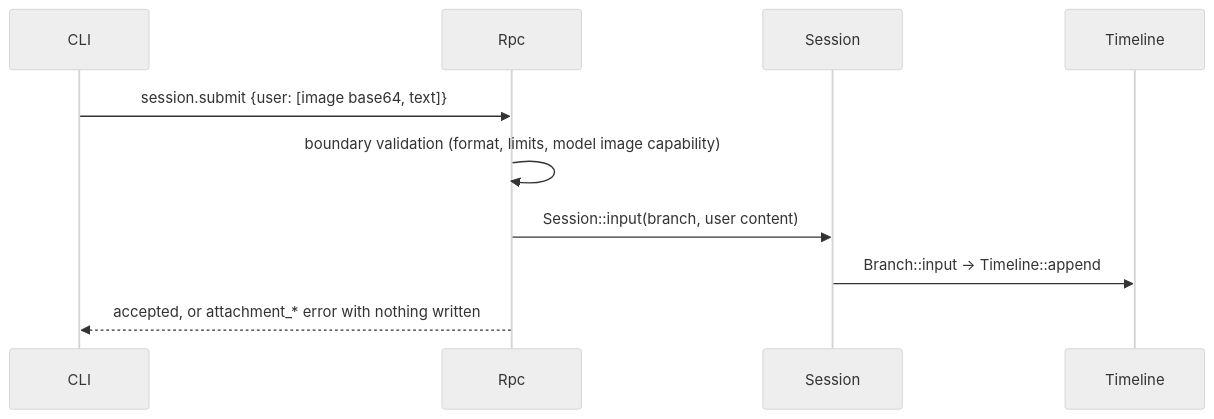
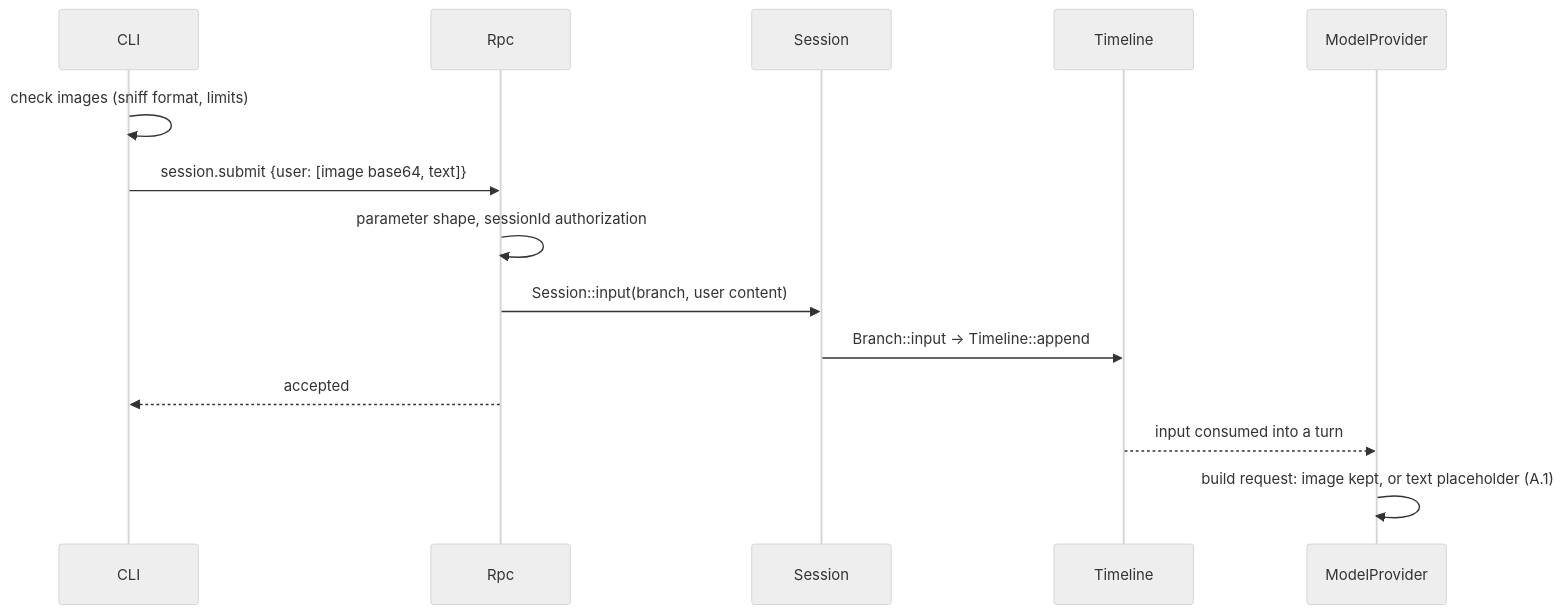
Before and after one commit to CoutinhoTTS/dim-agent: the third of 4 diagrams in docs/design/plugins/Attachments.md, drawn with Mermaid (neutral theme). The commit also changed other lines of this file and 42 other files, not shown here.

````diff
--- a/docs/design/plugins/Attachments.md
+++ b/docs/design/plugins/Attachments.md
@@ -60,12 +64,16 @@
 ```mermaid
 sequenceDiagram
   participant C as CLI
   participant R as Rpc
   participant SA as Session
   participant TL as Timeline
+  participant M as ModelProvider
+  C->>C: check images (sniff format, limits)
   C->>R: session.submit {user: [image base64, text]}
-  R->>R: boundary validation (format, limits, model image capability)
+  R->>R: parameter shape, sessionId authorization
   R->>SA: Session::input(branch, user content)
   SA->>TL: Branch::input -> Timeline::append
-  R-->>C: accepted, or attachment_* error with nothing written
+  R-->>C: accepted
+  TL-->>M: input consumed into a turn
+  M->>M: build request: image kept, or text placeholder (A.1)
 ```
````
